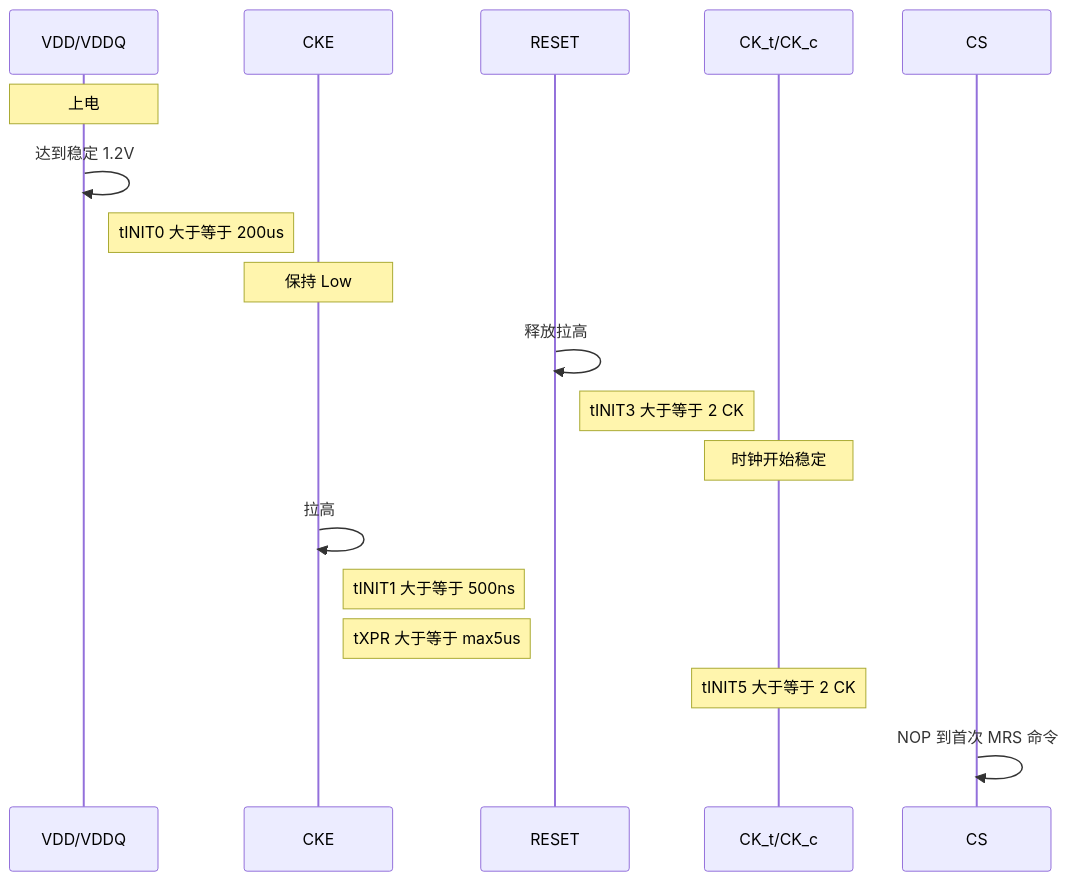
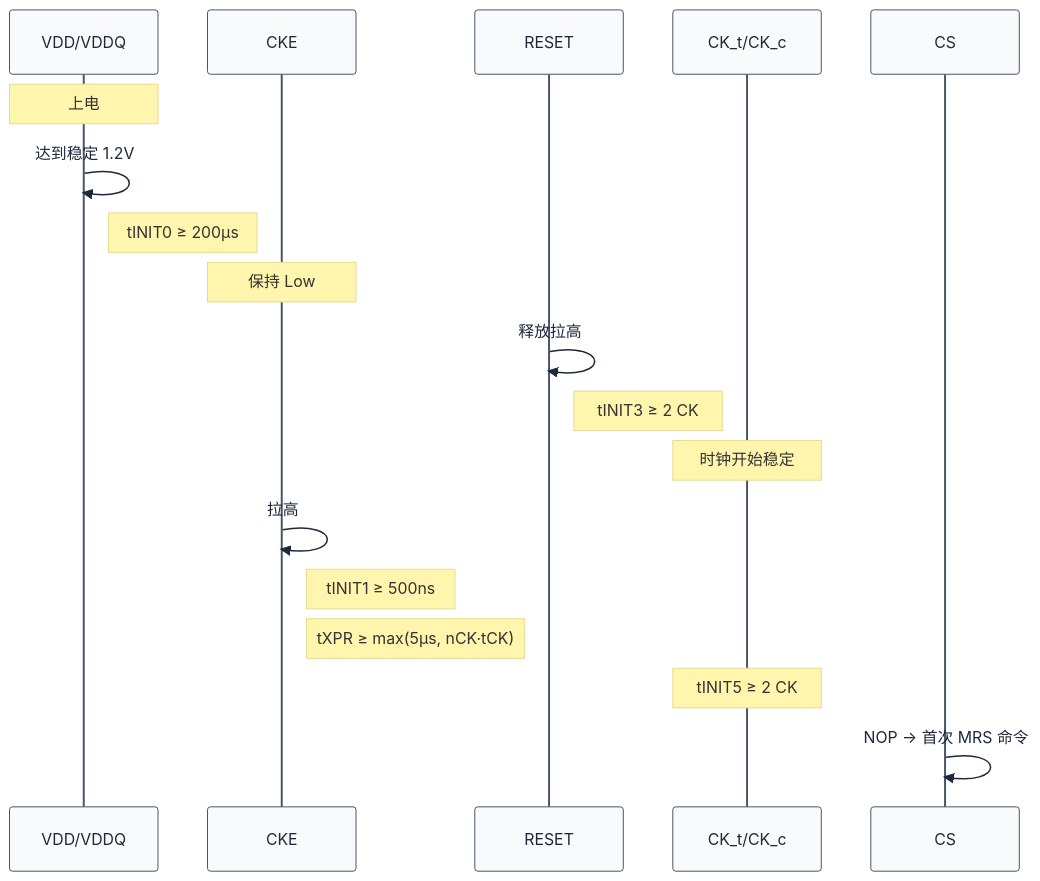
The third of 4 diagrams in ddr/05-DDR驱动开发与调试.md (swjtuer326/cs-learning-notes), drawn with Mermaid before and after one commit. The commit also changed other lines of this file and 9 other files, not shown here.

````diff
--- a/ddr/05-DDR驱动开发与调试.md
+++ b/ddr/05-DDR驱动开发与调试.md
@@ -317,21 +311,22 @@
 ```mermaid
+%%{init: {"theme": "base", "themeVariables": {"primaryColor": "#f8fafc", "primaryTextColor": "#1e293b", "primaryBorderColor": "#475569", "lineColor": "#64748b", "secondaryColor": "#f1f5f9", "secondaryBorderColor": "#94a3b8", "tertiaryColor": "#f8fafc", "fontFamily": "\"trebuchet ms\", verdana, arial, sans-serif"}}}%%
 sequenceDiagram
     participant VDD as VDD/VDDQ
     participant CKE as CKE
     participant RST as RESET
     participant CK as CK_t/CK_c
     participant CS as CS
 
     Note over VDD: 上电
     VDD->>VDD: 达到稳定 1.2V
-    Note right of VDD: tINIT0 大于等于 200us
+    Note right of VDD: tINIT0 ≥ 200μs
     Note over CKE: 保持 Low
     RST->>RST: 释放拉高
-    Note right of RST: tINIT3 大于等于 2 CK
+    Note right of RST: tINIT3 ≥ 2 CK
     Note over CK: 时钟开始稳定
     CKE->>CKE: 拉高
-    Note right of CKE: tINIT1 大于等于 500ns
-    Note right of CKE: tXPR 大于等于 max5us
-    Note over CK: tINIT5 大于等于 2 CK
-    CS->>CS: NOP 到首次 MRS 命令
+    Note right of CKE: tINIT1 ≥ 500ns
+    Note right of CKE: tXPR ≥ max(5μs, nCK·tCK)
+    Note over CK: tINIT5 ≥ 2 CK
+    CS->>CS: NOP → 首次 MRS 命令
 ```
````
